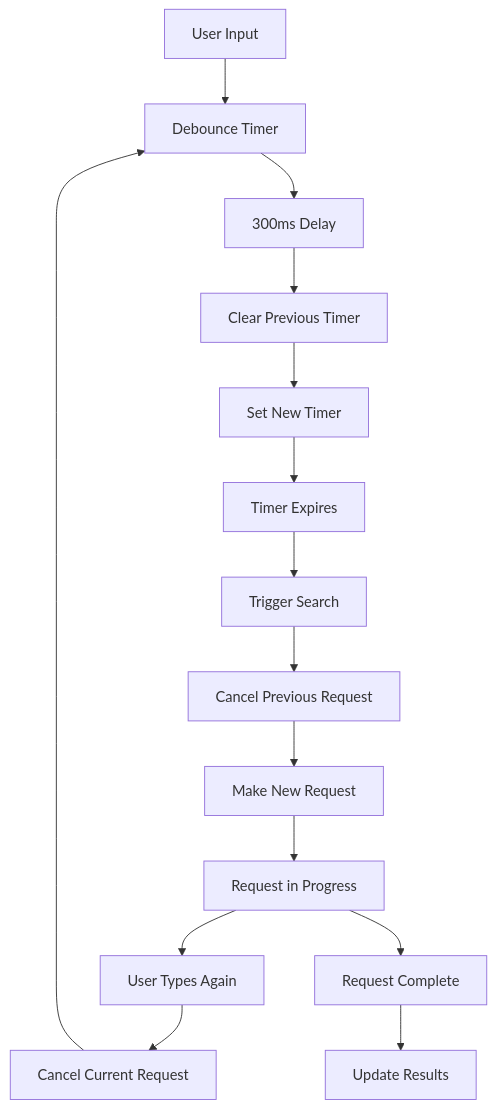
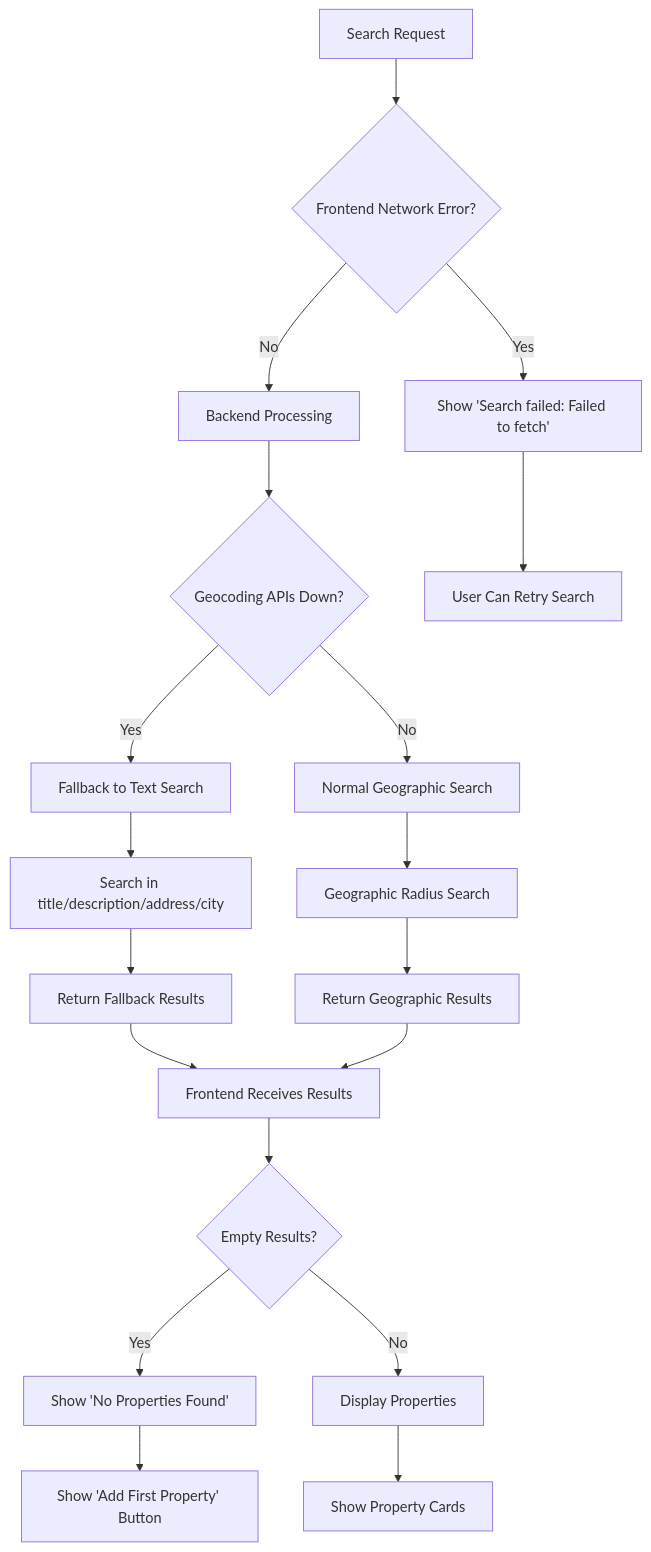
Before and after one commit to FatemRahimi/Poperty-App: the ninth of 10 diagrams in PROFESSIONAL_SEARCH_FLOWCHART.md, drawn with Mermaid. The commit also changed other lines of this file and 1 other file, not shown here.

````diff
--- a/PROFESSIONAL_SEARCH_FLOWCHART.md
+++ b/PROFESSIONAL_SEARCH_FLOWCHART.md
@@ -301,22 +216,27 @@
 ```mermaid
 flowchart TD
-    A[User Input] --> B[Debounce Timer]
-    B --> C[300ms Delay]
-    C --> D[Clear Previous Timer]
-    D --> E[Set New Timer]
+    A[Search Request] --> B{Frontend Network Error?}
+    B -->|Yes| C[Show 'Search failed: Failed to fetch']
+    B -->|No| D[Backend Processing]
     
-    E --> F[Timer Expires]
-    F --> G[Trigger Search]
+    D --> E{Geocoding APIs Down?}
+    E -->|Yes| F[Fallback to Text Search]
+    E -->|No| G[Normal Geographic Search]
     
-    G --> H[Cancel Previous Request]
-    H --> I[Make New Request]
+    F --> H[Search in title/description/address/city]
+    G --> I[Geographic Radius Search]
     
-    I --> J[Request in Progress]
-    J --> K[User Types Again]
+    H --> J[Return Fallback Results]
+    I --> K[Return Geographic Results]
     
-    K --> L[Cancel Current Request]
-    L --> B
+    J --> L[Frontend Receives Results]
+    K --> L
     
-    J --> M[Request Complete]
-    M --> N[Update Results]
+    L --> M{Empty Results?}
+    M -->|Yes| N[Show 'No Properties Found']
+    M -->|No| O[Display Properties]
+    
+    C --> P[User Can Retry Search]
+    N --> Q[Show 'Add First Property' Button]
+    O --> R[Show Property Cards]
 ```
````
